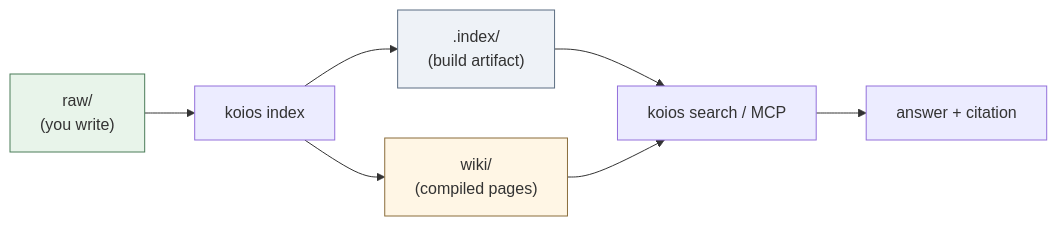
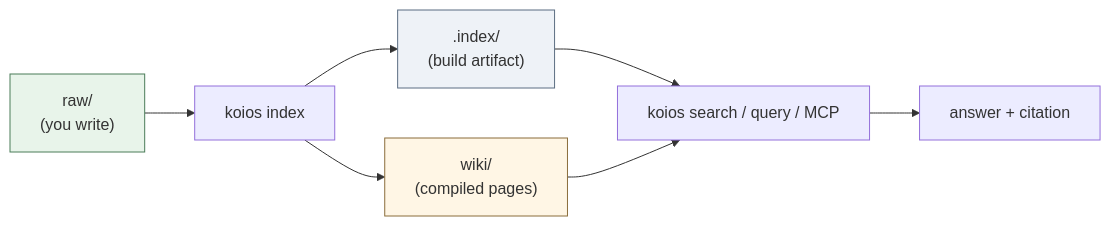
One commit to DeepTrial/KoiosBase changed the first of 4 diagrams in README.md. Above: the diagram before and after it, drawn with Mermaid. The commit also changed other lines of this file and 18 other files, not shown here.

````diff
--- a/README.md
+++ b/README.md
@@ -45,12 +36,12 @@
 ```mermaid
 flowchart LR
-    A["raw/\n(you write)"] --> B["koios index"]
-    B --> C[".index/\n(build artifact)"]
-    C --> D["koios search / MCP"]
+    A["raw/<br/>(you write)"] --> B["koios index"]
+    B --> C[".index/<br/>(build artifact)"]
+    C --> D["koios search / query / MCP"]
     D --> E["answer + citation"]
-    B --> F["wiki/\n(compiled pages)"]
+    B --> F["wiki/<br/>(compiled pages)"]
     F --> D
     style A fill:#e8f4ea,stroke:#4a7c59
     style C fill:#eef2f7,stroke:#5b6d82
     style F fill:#fff6e5,stroke:#8a6d3b
 ```
````
